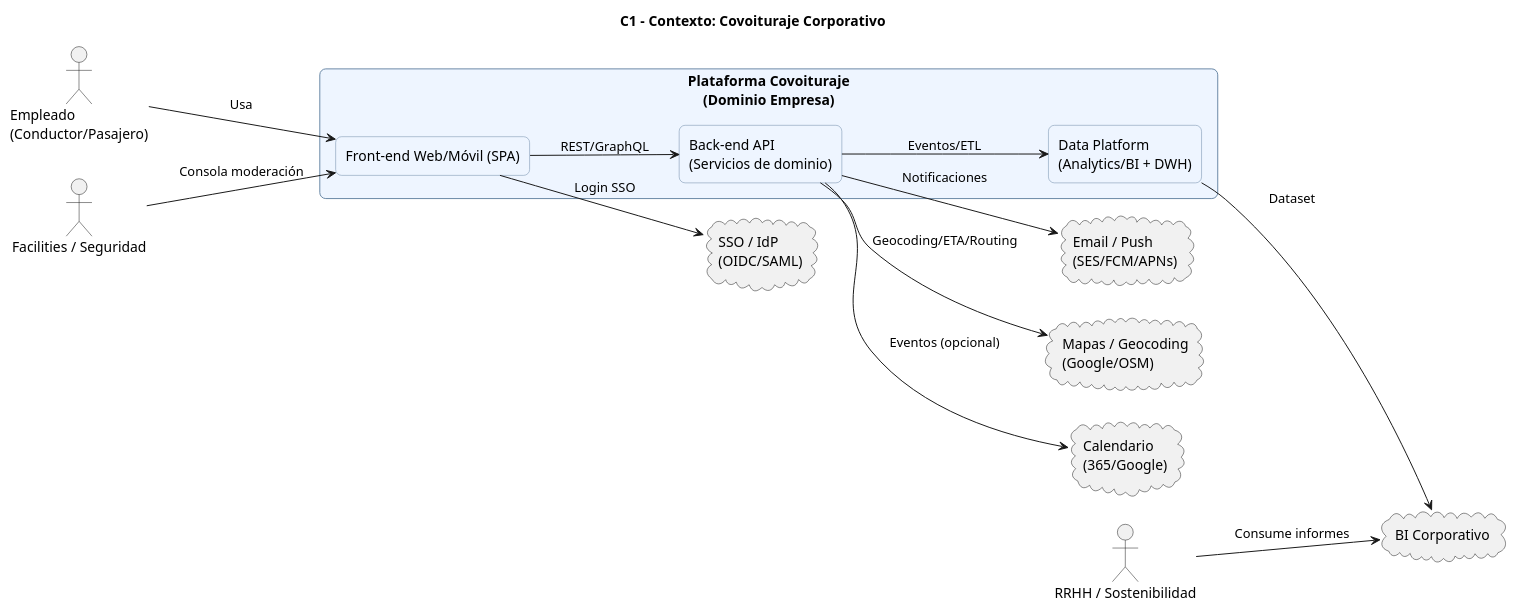
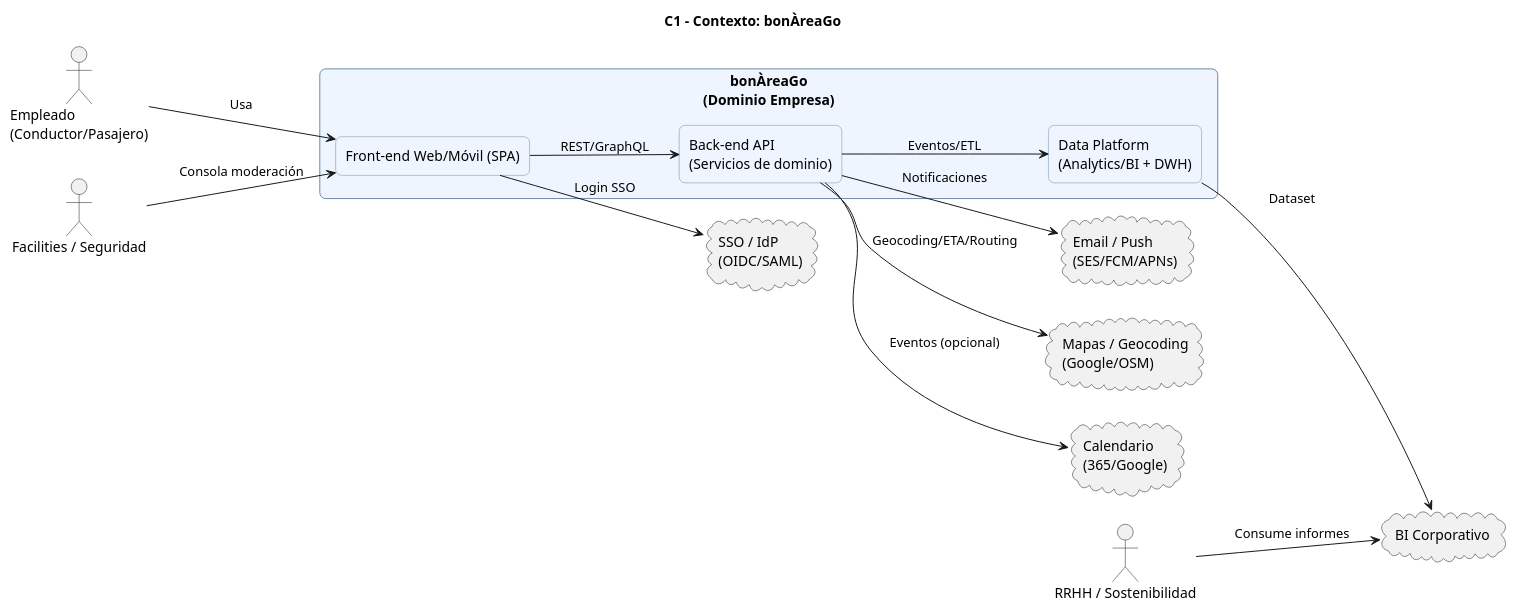
Before and after one commit to xavihewel/AI4Devs-finalproject: the diagram in doc/MVP/C1-Contexto.md, drawn with PlantUML. The commit also changed 31 other files, not shown here.

```diff
--- a/doc/MVP/C1-Contexto.md
+++ b/doc/MVP/C1-Contexto.md
@@ -1,39 +1,39 @@
 @startuml
-title C1 – Contexto: Covoituraje Corporativo
+title C1 – Contexto: bonÀreaGo
 
 left to right direction
 skinparam rectangle {
   BackgroundColor #EEF5FF
   BorderColor #6A88A6
   RoundCorner 12
 }
 
 actor "Empleado\n(Conductor/Pasajero)" as EMP
 actor "RRHH / Sostenibilidad" as HR
 actor "Facilities / Seguridad" as SEC
 
-rectangle "Plataforma Covoituraje\n(Dominio Empresa)" as SYS {
+rectangle "bonÀreaGo\n(Dominio Empresa)" as SYS {
   rectangle "Front-end Web/Móvil (SPA)" as FE
   rectangle "Back-end API\n(Servicios de dominio)" as BE
   rectangle "Data Platform\n(Analytics/BI + DWH)" as DWH
 }
 
 cloud "SSO / IdP\n(OIDC/SAML)" as IDP
 cloud "Email / Push\n(SES/FCM/APNs)" as MSG
 cloud "Mapas / Geocoding\n(Google/OSM)" as MAPS
 cloud "Calendario\n(365/Google)" as CAL
 cloud "BI Corporativo" as BIC
 
 EMP --> FE : Usa
 HR --> BIC : Consume informes
 SEC --> FE : Consola moderación
 
 FE --> BE : REST/GraphQL
 FE --> IDP : Login SSO
 BE --> MAPS : Geocoding/ETA/Routing
 BE --> CAL : Eventos (opcional)
 BE --> MSG : Notificaciones
 BE --> DWH : Eventos/ETL
 DWH --> BIC : Dataset
 
 @enduml
```
